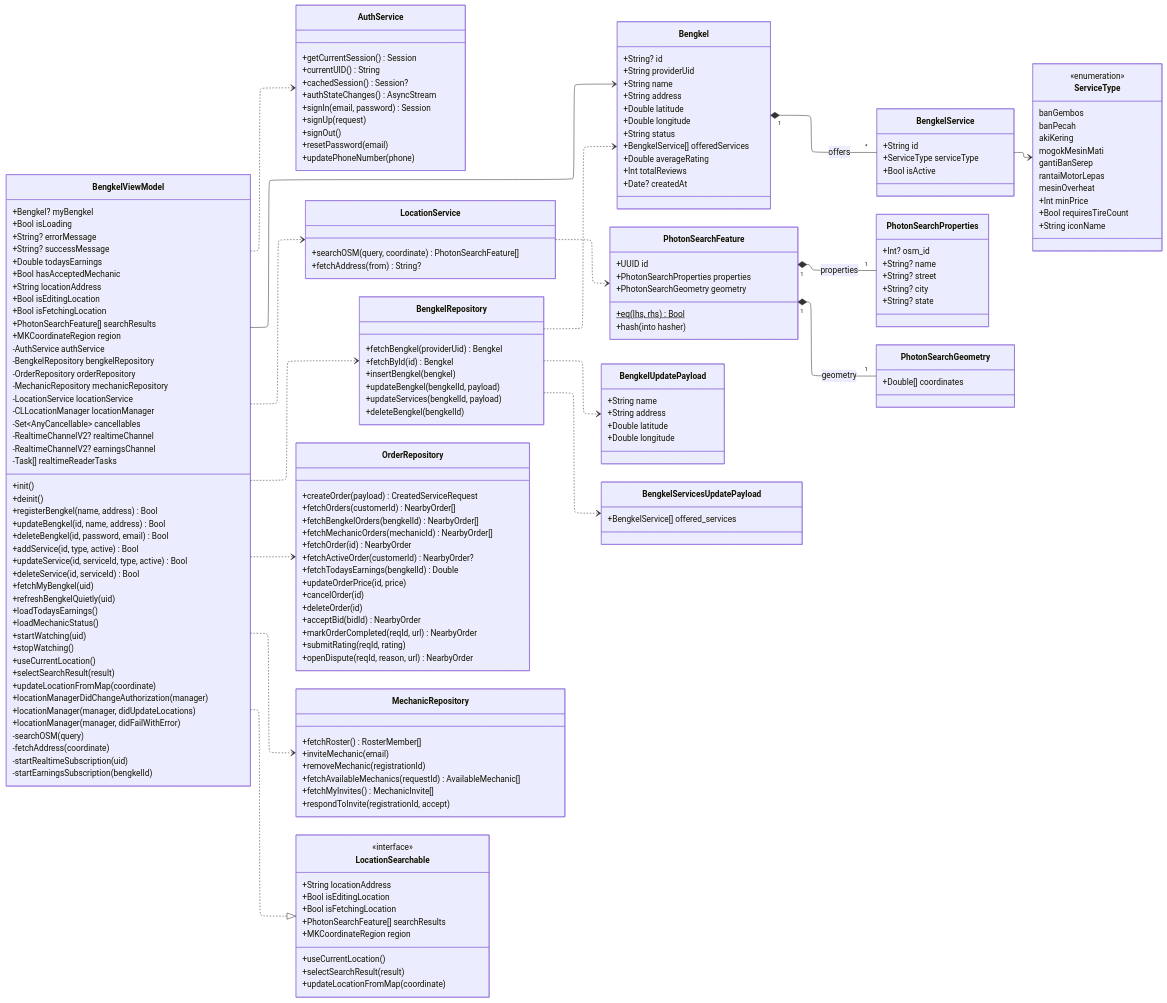
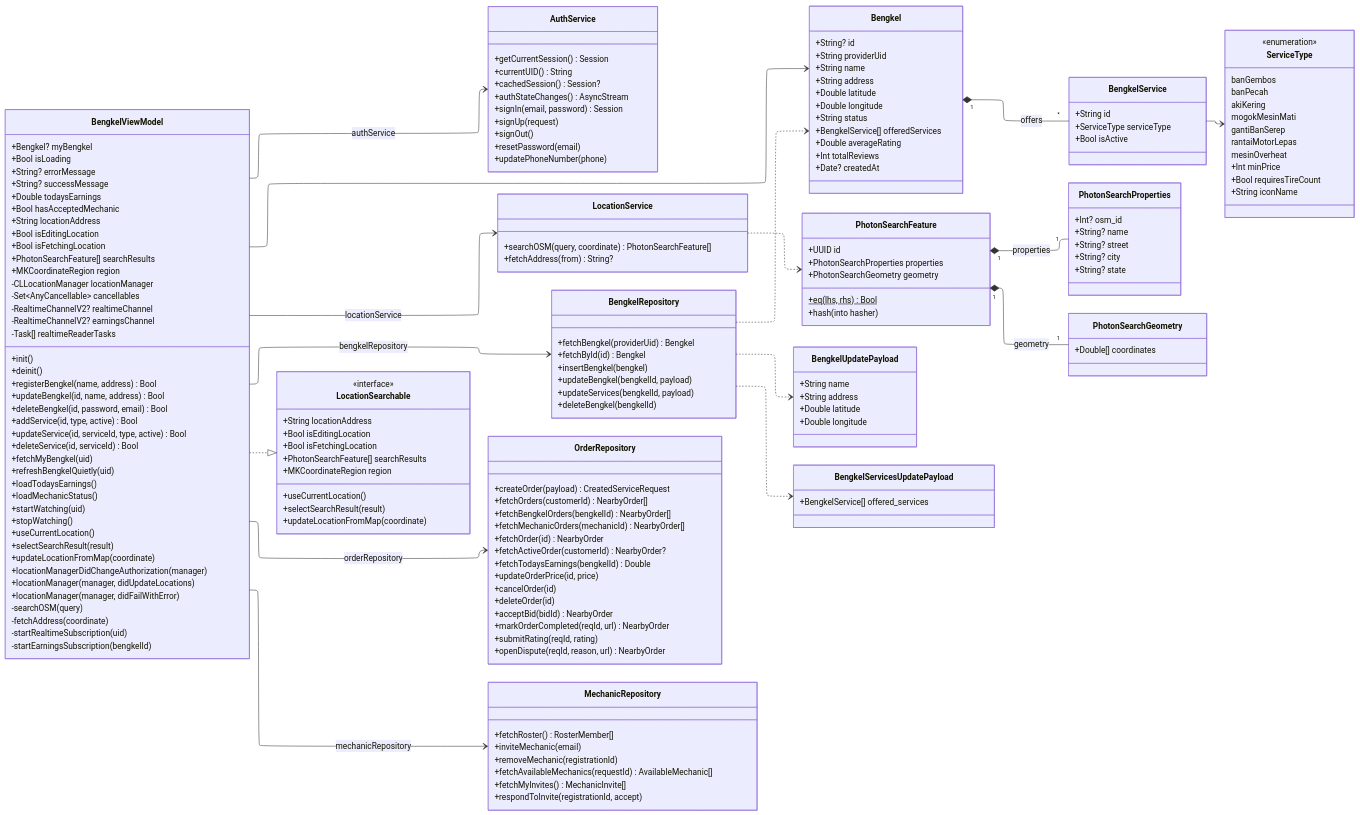
One commit to rei-soemanto/BengkelIn_SE changed the fourth of 12 diagrams in diagram/feature-class-diagrams.md. Above: the diagram before and after it, drawn with Mermaid. The commit also changed other lines of this file and 21 other files, not shown here.

Commit message:
more accurate class diagram

```diff
--- a/diagram/feature-class-diagrams.md
+++ b/diagram/feature-class-diagrams.md
@@ -354,11 +347,6 @@
         +Bool isFetchingLocation
         +PhotonSearchFeature[] searchResults
         +MKCoordinateRegion region
-        -AuthService authService
-        -BengkelRepository bengkelRepository
-        -OrderRepository orderRepository
-        -MechanicRepository mechanicRepository
-        -LocationService locationService
         -CLLocationManager locationManager
         -Set~AnyCancellable~ cancellables
         -RealtimeChannelV2? realtimeChannel
@@ -446,11 +434,11 @@
     }
 
     BengkelViewModel ..|> LocationSearchable
-    BengkelViewModel ..> BengkelRepository
-    BengkelViewModel ..> LocationService
-    BengkelViewModel ..> OrderRepository
-    BengkelViewModel ..> MechanicRepository
-    BengkelViewModel ..> AuthService
+    BengkelViewModel --> BengkelRepository : bengkelRepository
+    BengkelViewModel --> LocationService : locationService
+    BengkelViewModel --> OrderRepository : orderRepository
+    BengkelViewModel --> MechanicRepository : mechanicRepository
+    BengkelViewModel --> AuthService : authService
     BengkelViewModel --> Bengkel
     BengkelRepository ..> Bengkel
     BengkelRepository ..> BengkelUpdatePayload
```
